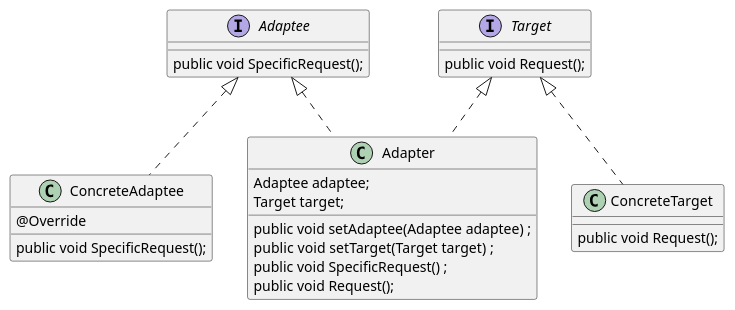
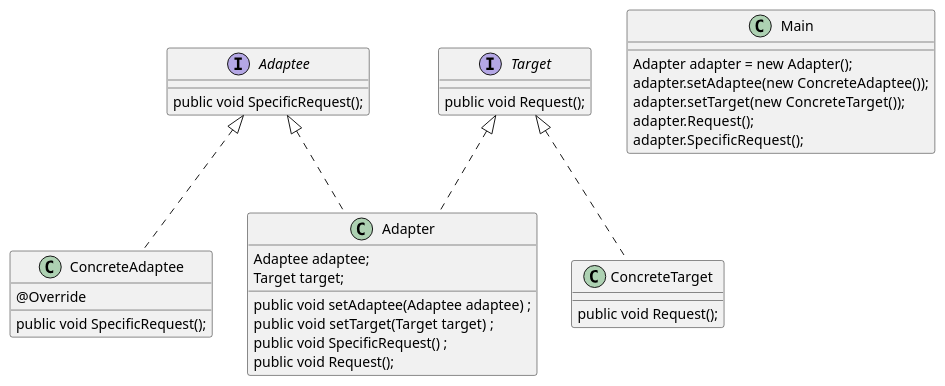
The diagram in src/main/java/mode/adapterMode/adapterMode.puml (2276089666/design-mode), drawn with PlantUML before and after one commit.

Commit message:
适配器UML更新

```diff
--- a/src/main/java/mode/adapterMode/adapterMode.puml
+++ b/src/main/java/mode/adapterMode/adapterMode.puml
@@ -1,23 +1,30 @@
 @startuml
 interface Adaptee{
     public void SpecificRequest();
 }
 interface Target{
     public void Request();
 }
 class Adapter implements Target,Adaptee{
     Adaptee adaptee;
     Target target;
     public void setAdaptee(Adaptee adaptee) ;
     public void setTarget(Target target) ;
     public void SpecificRequest() ;
     public void Request();
 }
 class ConcreteAdaptee implements Adaptee{
     @Override
     public void SpecificRequest();
 }
 class ConcreteTarget implements Target{
     public void Request();
 }
+class Main {
+        Adapter adapter = new Adapter();
+        adapter.setAdaptee(new ConcreteAdaptee());
+        adapter.setTarget(new ConcreteTarget());
+        adapter.Request();
+        adapter.SpecificRequest();
+}
 @enduml
```
